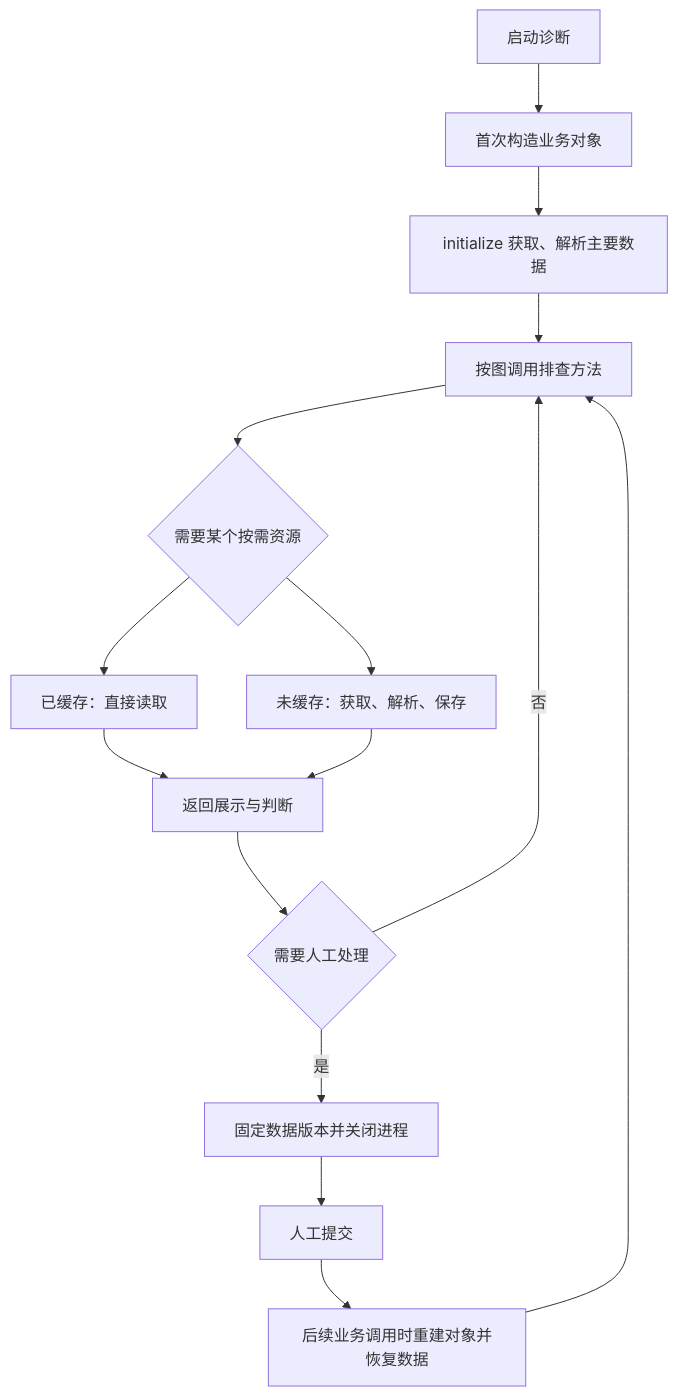
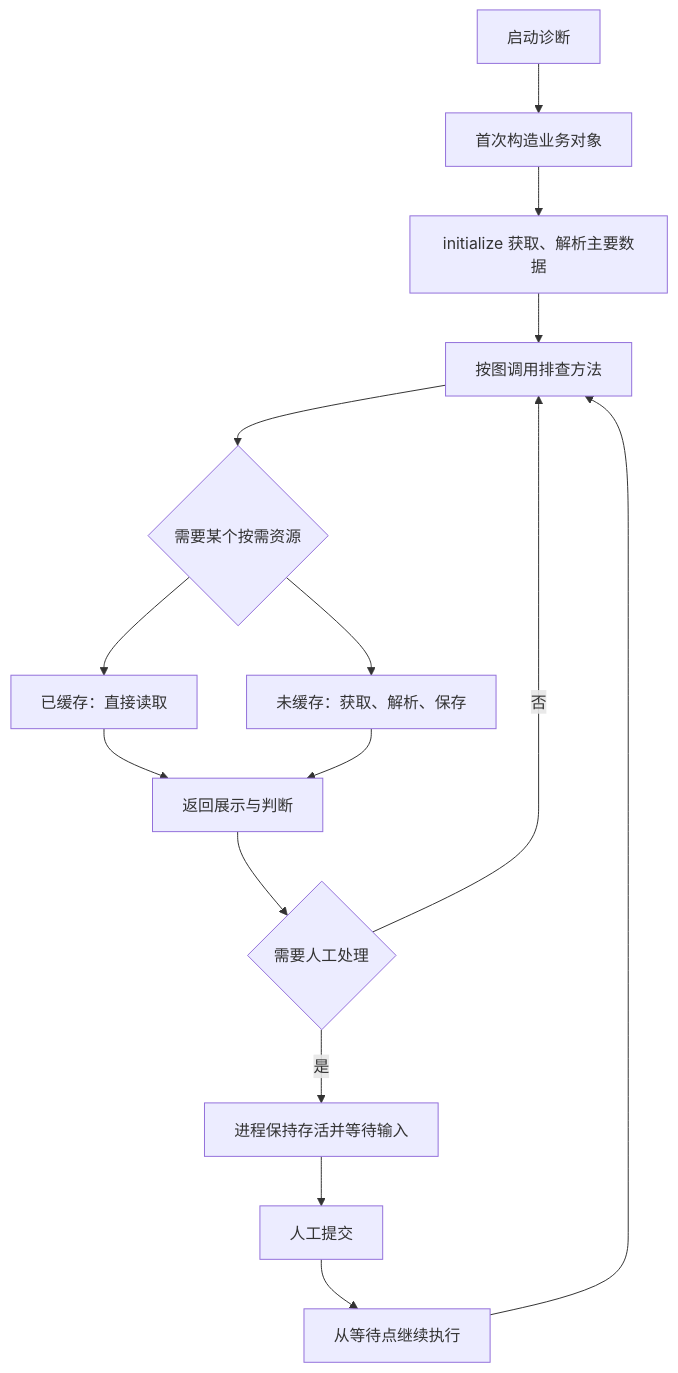
The diagram in docs/diagnosis-development-guide.md (JeBooking/NewDiag), drawn with Mermaid before and after one commit. The commit also changed other lines of this file and 5 other files, not shown here.

````diff
--- a/docs/diagnosis-development-guide.md
+++ b/docs/diagnosis-development-guide.md
@@ -24,17 +24,17 @@
 ```mermaid
 flowchart TD
     A[启动诊断] --> B[首次构造业务对象]
     B --> C[initialize 获取、解析主要数据]
     C --> D[按图调用排查方法]
     D --> E{需要某个按需资源}
     E --> F[已缓存：直接读取]
     E --> G[未缓存：获取、解析、保存]
     F --> H[返回展示与判断]
     G --> H
     H --> I{需要人工处理}
     I -->|否| D
-    I -->|是| J[固定数据版本并关闭进程]
+    I -->|是| J[进程保持存活并等待输入]
     J --> K[人工提交]
-    K --> L[后续业务调用时重建对象并恢复数据]
+    K --> L[从等待点继续执行]
     L --> D
 ```
````
